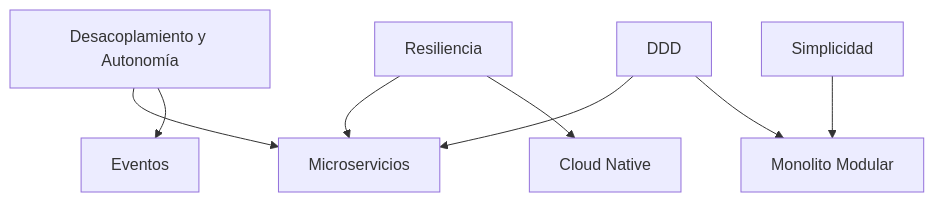
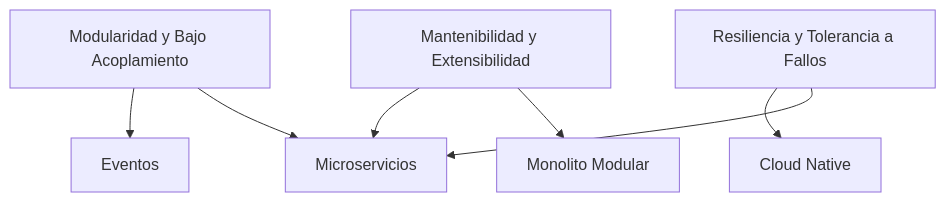
The diagram in docs/fundamentos-corporativos/estilos-arquitectonicos/README.md (jclemente-tlm/tlm-doc-architecture), drawn with Mermaid before and after one commit. The commit also changed other lines of this file and 7 other files, not shown here.

````diff
--- a/docs/fundamentos-corporativos/estilos-arquitectonicos/README.md
+++ b/docs/fundamentos-corporativos/estilos-arquitectonicos/README.md
@@ -29,10 +28,9 @@
 ```mermaid
 graph TD
-    P1[Desacoplamiento y Autonomía] --> E1[Microservicios]
+    P1[Modularidad y Bajo Acoplamiento] --> E1[Microservicios]
     P1 --> E2[Eventos]
-    P2[Resiliencia] --> E1
-    P2 --> E3[Cloud Native]
-    P3[Simplicidad] --> E4[Monolito Modular]
-    P4[DDD] --> E1
-    P4 --> E4
+    P3[Resiliencia y Tolerancia a Fallos] --> E1
+    P3 --> E3[Cloud Native]
+    P4[Mantenibilidad y Extensibilidad] --> E4[Monolito Modular]
+    P4 --> E1
 ```
````
